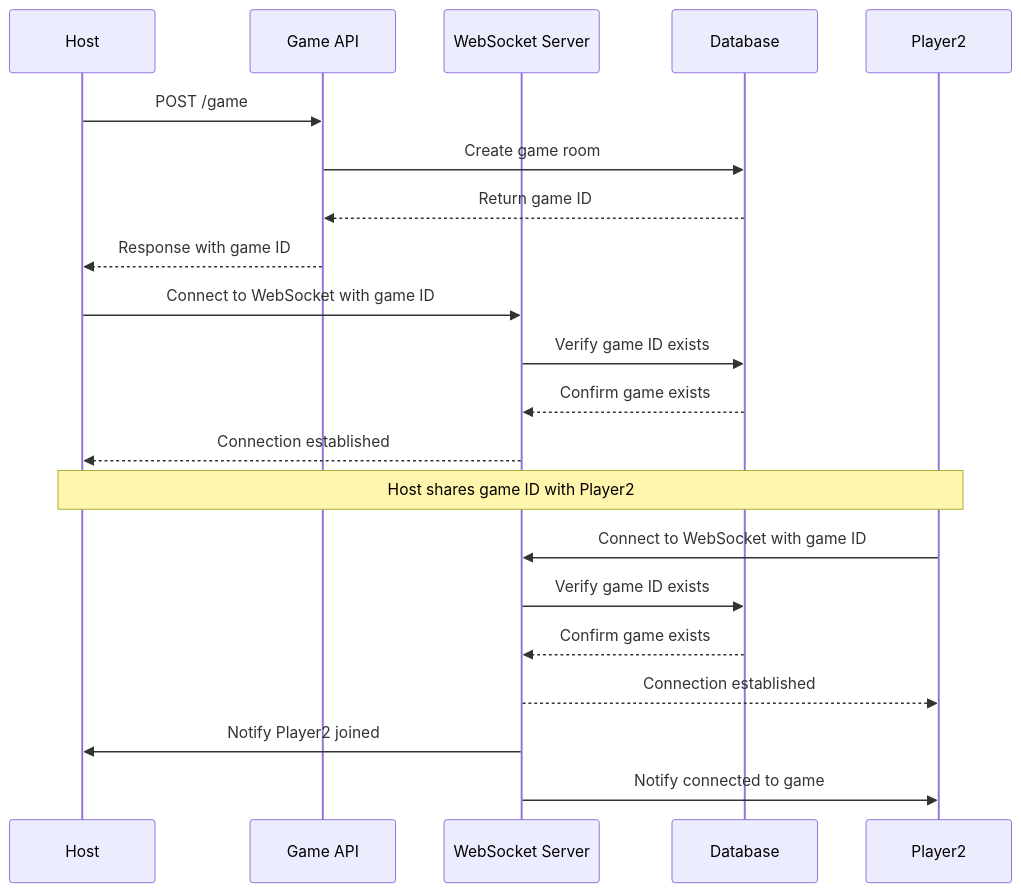
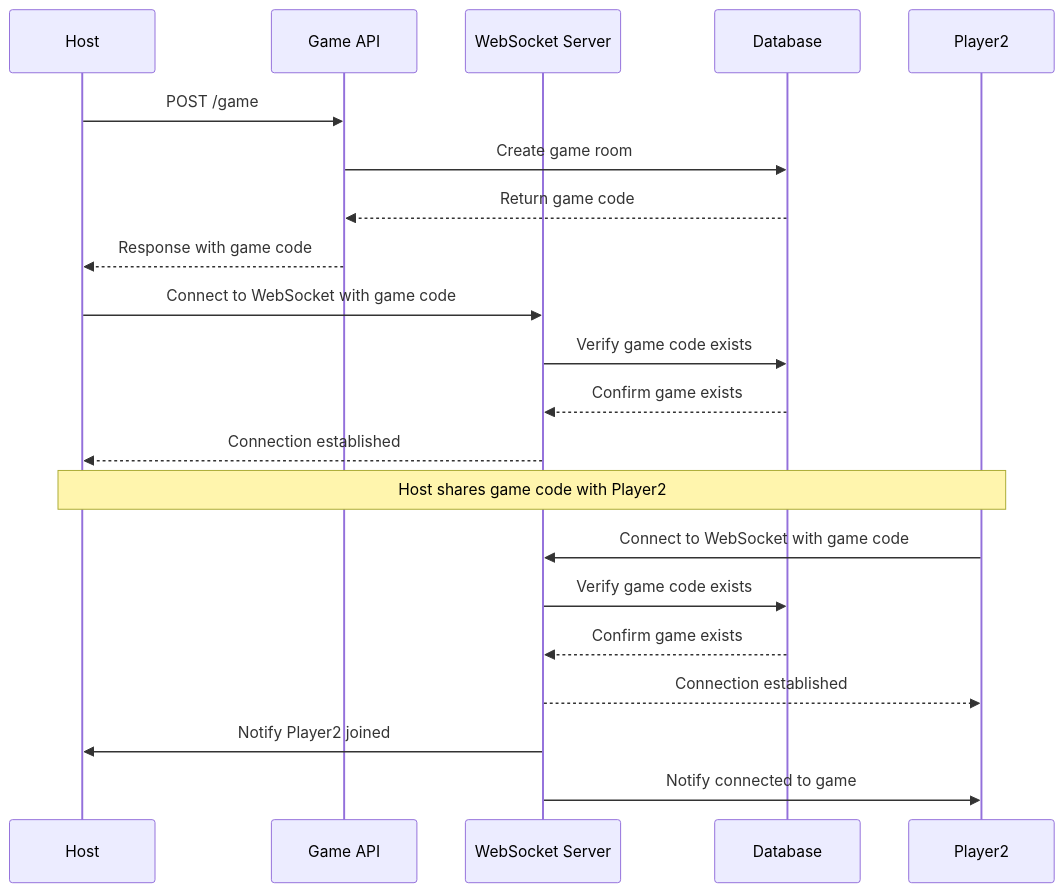
Before and after one commit to suiramdev/42-ft_transcendence: the first of 5 diagrams in docs-site/docs/api/game.md, drawn with Mermaid. The commit also changed other lines of this file, not shown here.

Commit message:
docs: improve game flow with all in one database

````diff
--- a/docs-site/docs/api/game.md
+++ b/docs-site/docs/api/game.md
@@ -9,28 +9,28 @@
 ```mermaid
 sequenceDiagram
     participant Host
     participant API as Game API
     participant WS as WebSocket Server
     participant DB as Database
     participant Player2
 
     Host->>API: POST /game
     API->>DB: Create game room
-    DB-->>API: Return game ID
-    API-->>Host: Response with game ID
+    DB-->>API: Return game code
+    API-->>Host: Response with game code
 
-    Host->>WS: Connect to WebSocket with game ID
-    WS->>DB: Verify game ID exists
+    Host->>WS: Connect to WebSocket with game code
+    WS->>DB: Verify game code exists
     DB-->>WS: Confirm game exists
     WS-->>Host: Connection established
 
-    Note over Host,Player2: Host shares game ID with Player2
+    Note over Host,Player2: Host shares game code with Player2
 
-    Player2->>WS: Connect to WebSocket with game ID
-    WS->>DB: Verify game ID exists
+    Player2->>WS: Connect to WebSocket with game code
+    WS->>DB: Verify game code exists
     DB-->>WS: Confirm game exists
     WS-->>Player2: Connection established
     
     WS->>Host: Notify Player2 joined
     WS->>Player2: Notify connected to game
 ```
````
